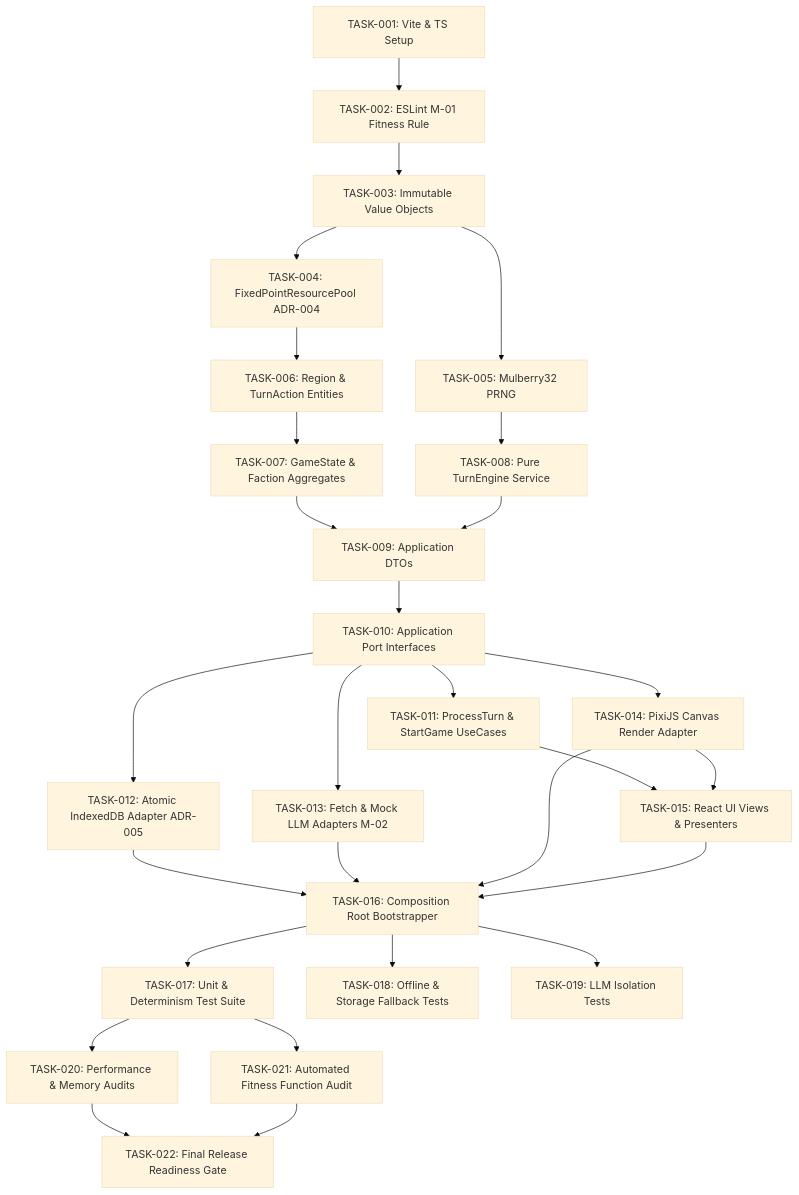
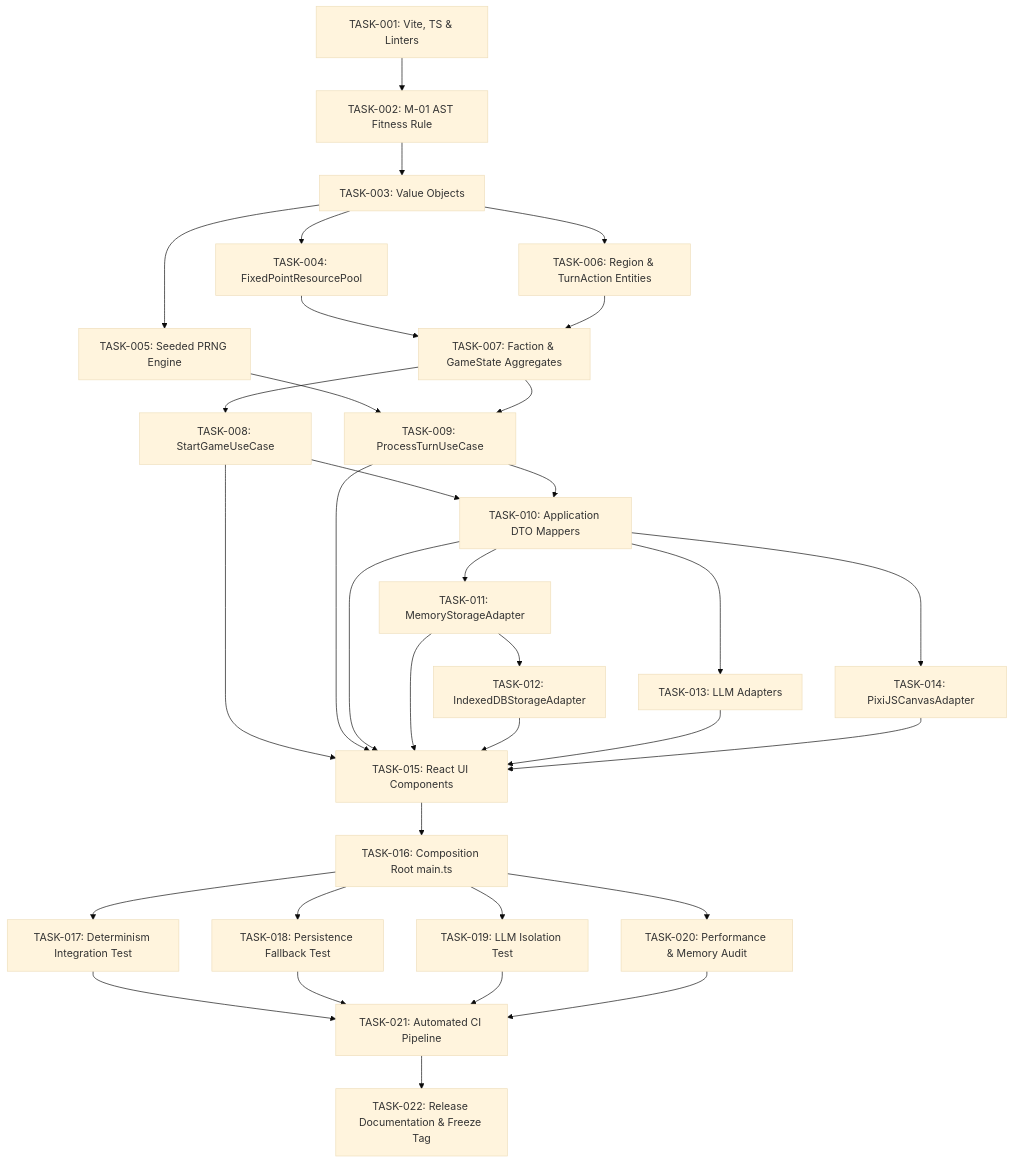
One commit to samirhosninet/State-Lex changed the diagram in docs/tasks.md. Above: the diagram before and after it, drawn with Mermaid (base theme). The commit also changed other lines of this file, not shown here.

Commit message:
fix(tasks): regenerate Mermaid graph and remove Section 6 for full SSoT reconciliation

````diff
--- a/docs/tasks.md
+++ b/docs/tasks.md
@@ -19,36 +19,44 @@
 ```mermaid
 graph TD
-    P0_1[TASK-001: Vite & TS Setup] --> P0_2[TASK-002: ESLint M-01 Fitness Rule]
-    P0_2 --> P1_1[TASK-003: Immutable Value Objects]
-    P1_1 --> P1_2[TASK-004: FixedPointResourcePool ADR-004]
-    P1_1 --> P1_3[TASK-005: Mulberry32 PRNG]
-    P1_2 --> P1_4[TASK-006: Region & TurnAction Entities]
-    P1_4 --> P1_5[TASK-007: GameState & Faction Aggregates]
-    P1_3 --> P1_6[TASK-008: Pure TurnEngine Service]
+    P0_1[TASK-001: Vite, TS & Linters] --> P0_2[TASK-002: M-01 AST Fitness Rule]
+    P0_2 --> P1_1[TASK-003: Value Objects]
+    P1_1 --> P1_2[TASK-004: FixedPointResourcePool]
+    P1_1 --> P1_3[TASK-005: Seeded PRNG Engine]
+    P1_1 --> P1_4[TASK-006: Region & TurnAction Entities]
+    P1_2 --> P1_5[TASK-007: Faction & GameState Aggregates]
+    P1_4 --> P1_5
     
-    P1_5 --> P2_1[TASK-009: Application DTOs]
-    P1_6 --> P2_1
-    P2_1 --> P2_2[TASK-010: Application Port Interfaces]
-    P2_2 --> P2_3[TASK-011: ProcessTurn & StartGame UseCases]
+    P1_5 --> P2_1[TASK-008: StartGameUseCase]
+    P1_3 --> P2_2[TASK-009: ProcessTurnUseCase]
+    P1_5 --> P2_2
     
-    P2_2 --> P3_1[TASK-012: Atomic IndexedDB Adapter ADR-005]
-    P2_2 --> P3_2[TASK-013: Fetch & Mock LLM Adapters M-02]
-    P2_2 --> P3_3[TASK-014: PixiJS Canvas Render Adapter]
+    P2_1 --> P2_3[TASK-010: Application DTO Mappers]
+    P2_2 --> P2_3
     
-    P2_3 --> P4_1[TASK-015: React UI Views & Presenters]
+    P2_3 --> P3_1[TASK-011: MemoryStorageAdapter]
+    P3_1 --> P3_2[TASK-012: IndexedDBStorageAdapter]
+    P2_3 --> P3_3[TASK-013: LLM Adapters]
+    P2_3 --> P3_4[TASK-014: PixiJSCanvasAdapter]
+    
+    P2_1 --> P4_1[TASK-015: React UI Components]
+    P2_2 --> P4_1
+    P2_3 --> P4_1
+    P3_1 --> P4_1
+    P3_2 --> P4_1
     P3_3 --> P4_1
+    P3_4 --> P4_1
     
-    P3_1 --> P5_1[TASK-016: Composition Root Bootstrapper]
-    P3_2 --> P5_1
-    P3_3 --> P5_1
-    P4_1 --> P5_1
+    P4_1 --> P5_1[TASK-016: Composition Root main.ts]
     
-    P5_1 --> P6_1[TASK-017: Unit & Determinism Test Suite]
-    P5_1 --> P6_2[TASK-018: Offline & Storage Fallback Tests]
-    P5_1 --> P6_3[TASK-019: LLM Isolation Tests]
+    P5_1 --> P6_1[TASK-017: Determinism Integration Test]
+    P5_1 --> P6_2[TASK-018: Persistence Fallback Test]
+    P5_1 --> P6_3[TASK-019: LLM Isolation Test]
+    P5_1 --> P7_1[TASK-020: Performance & Memory Audit]
     
-    P6_1 --> P7_1[TASK-020: Performance & Memory Audits]
-    P6_1 --> P8_1[TASK-021: Automated Fitness Function Audit]
-    P7_1 --> P9_1[TASK-022: Final Release Readiness Gate]
-    P8_1 --> P9_1
+    P6_1 --> P8_1[TASK-021: Automated CI Pipeline]
+    P6_2 --> P8_1
+    P6_3 --> P8_1
+    P7_1 --> P8_1
+    
+    P8_1 --> P9_1[TASK-022: Release Documentation & Freeze Tag]
 ```
````
